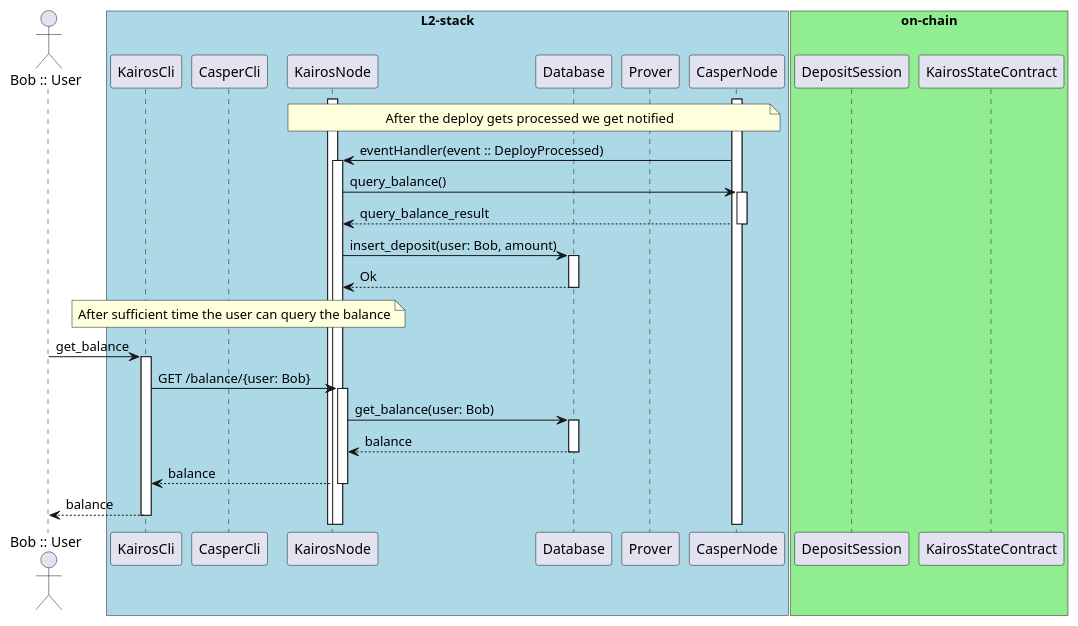
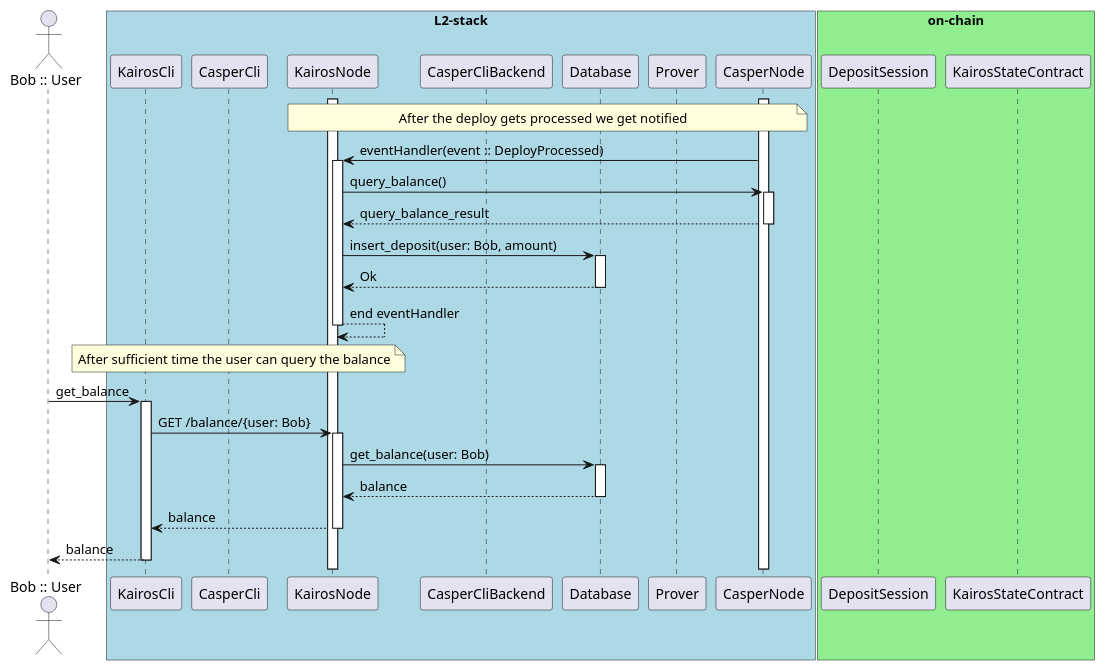
Before and after one commit to cspr-rad/kairos-spec: the diagram in diagrams/deposit_sequence_diagram_notify_l2.puml, drawn with PlantUML. The commit also changed 2 other files, not shown here.

Commit message:
diagrams: deposit sequence diagram add backend casper cli

```diff
--- a/diagrams/deposit_sequence_diagram_notify_l2.puml
+++ b/diagrams/deposit_sequence_diagram_notify_l2.puml
@@ -1,41 +1,43 @@
 @startuml
 autoactivate on
 actor "Bob :: User" as Bob
 box "L2-stack" #LightBlue
 participant KairosCli
 participant CasperCli
 participant KairosNode
+participant CasperCliBackend
 participant Database
 participant Prover
 participant CasperNode
 end box
 box "on-chain" #LightGreen
 participant DepositSession
 participant KairosStateContract
 end box
 
 activate CasperNode
 activate KairosNode
 
 note over CasperNode, KairosNode
 After the deploy gets processed we get notified
 end note
 
 CasperNode -> KairosNode: eventHandler(event :: DeployProcessed)
 KairosNode -> CasperNode: query_balance()
 CasperNode --> KairosNode: query_balance_result
 
 KairosNode -> Database: insert_deposit(user: Bob, amount)
 Database --> KairosNode: Ok
+KairosNode --> KairosNode: end eventHandler
 
 note over KairosCli, KairosNode
 After sufficient time the user can query the balance
 end note
 Bob -> KairosCli: get_balance
 KairosCli -> KairosNode: GET /balance/{user: Bob}
 KairosNode -> Database: get_balance(user: Bob)
 Database --> KairosNode: balance
 KairosNode --> KairosCli: balance
 KairosCli --> Bob: balance
 
 @enduml
```
